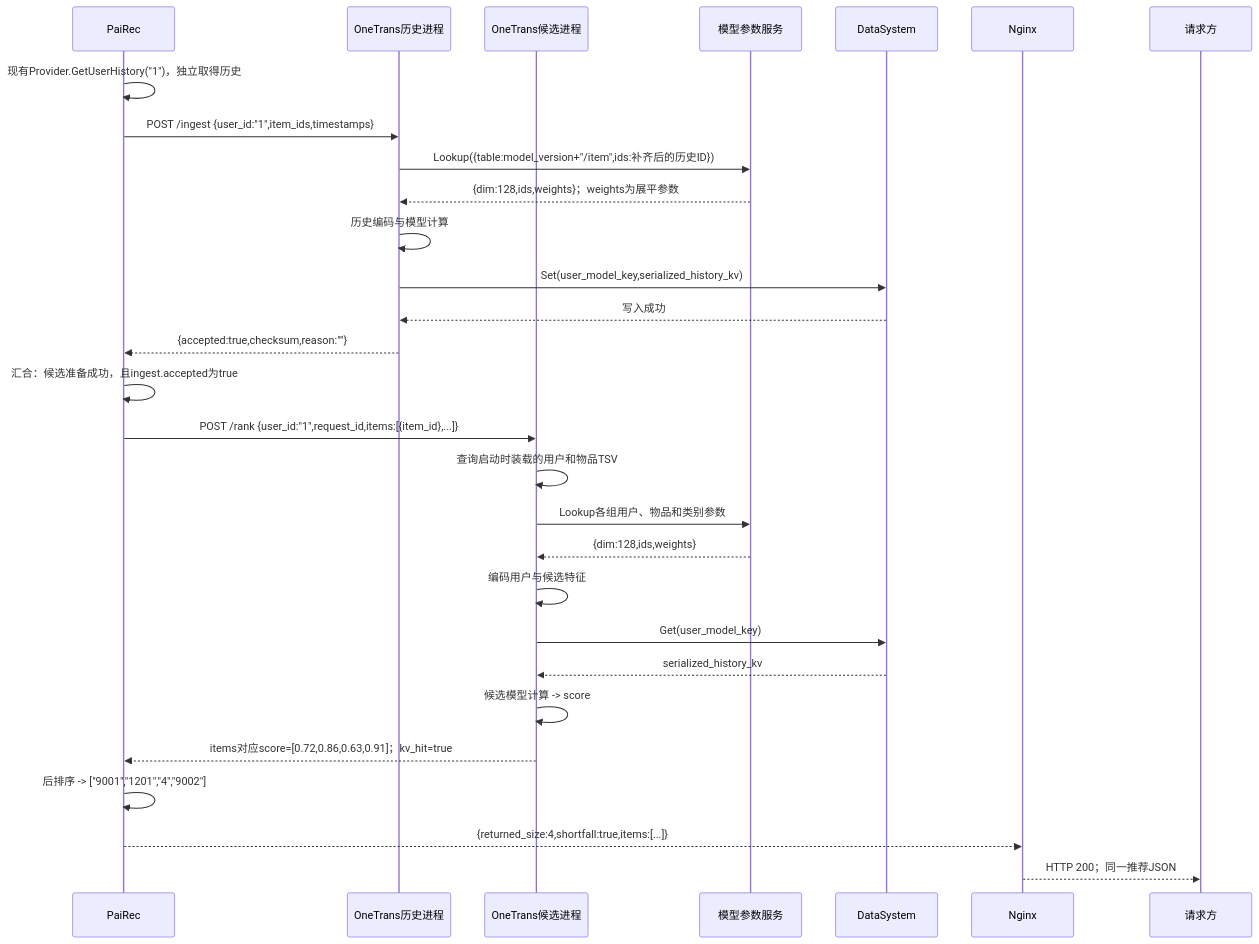
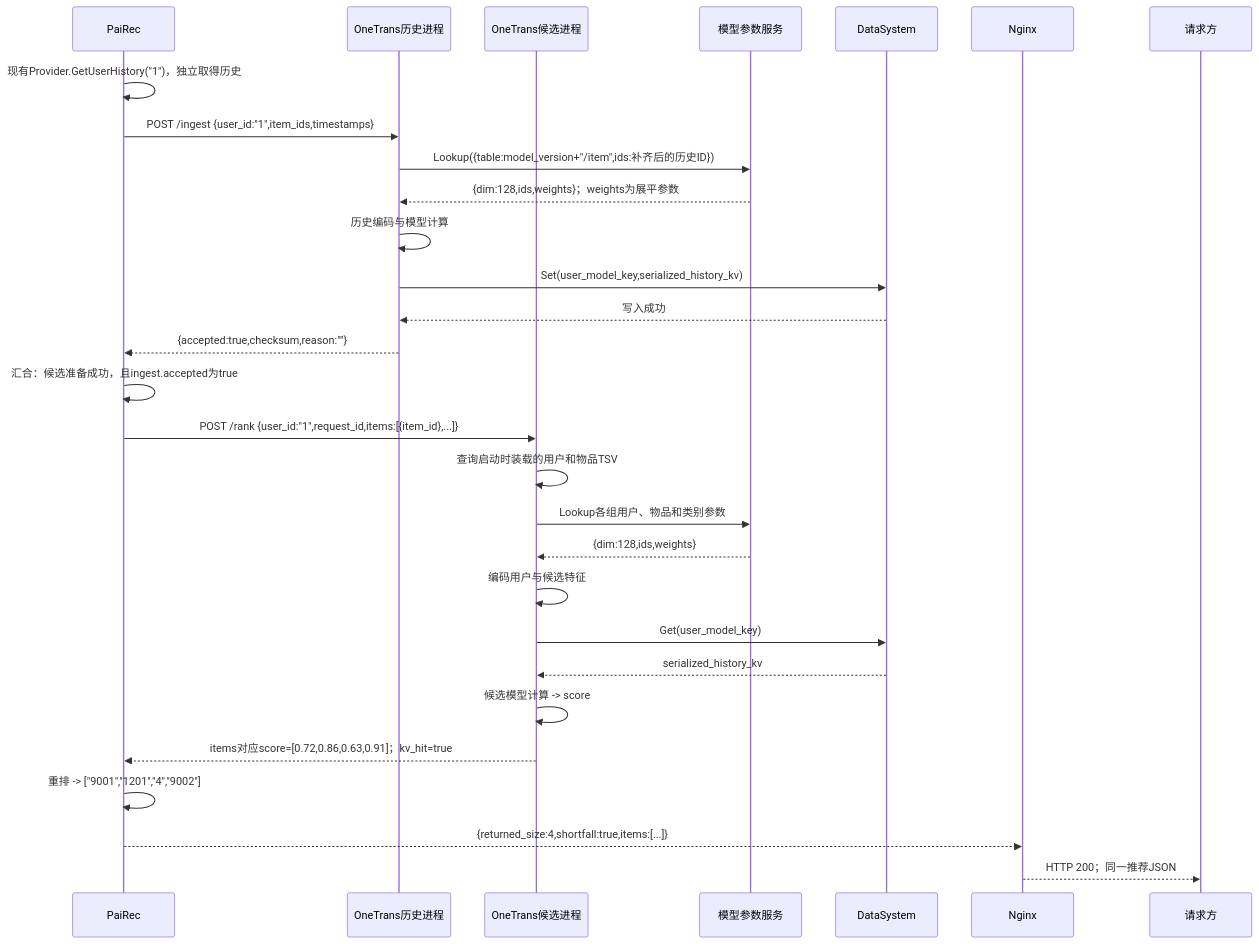
One commit to bitianyuan123/docs changed the diagram in diagrams/01_system_09.mmd. Above: the diagram before and after it, drawn with Mermaid. The commit also changed 84 other files, not shown here.

```diff
--- a/diagrams/01_system_09.mmd
+++ b/diagrams/01_system_09.mmd
@@ -1,29 +1,29 @@
 sequenceDiagram
     participant P as PaiRec
     participant H as OneTrans历史进程
     participant D as OneTrans候选进程
     participant PS as 模型参数服务
     participant K as DataSystem
     participant N as Nginx
     participant U as 请求方
     P->>P: 现有Provider.GetUserHistory("1")，独立取得历史
     P->>H: POST /ingest {user_id:"1",item_ids,timestamps}
     H->>PS: Lookup({table:model_version+"/item",ids:补齐后的历史ID})
     PS-->>H: {dim:128,ids,weights}；weights为展平参数
     H->>H: 历史编码与模型计算
     H->>K: Set(user_model_key,serialized_history_kv)
     K-->>H: 写入成功
     H-->>P: {accepted:true,checksum,reason:""}
     P->>P: 汇合：候选准备成功，且ingest.accepted为true
     P->>D: POST /rank {user_id:"1",request_id,items:[{item_id},...]}
     D->>D: 查询启动时装载的用户和物品TSV
     D->>PS: Lookup各组用户、物品和类别参数
     PS-->>D: {dim:128,ids,weights}
     D->>D: 编码用户与候选特征
     D->>K: Get(user_model_key)
     K-->>D: serialized_history_kv
     D->>D: 候选模型计算 -> score
     D-->>P: items对应score=[0.72,0.86,0.63,0.91]；kv_hit=true
-    P->>P: 后排序 -> ["9001","1201","4","9002"]
+    P->>P: 重排 -> ["9001","1201","4","9002"]
     P-->>N: {returned_size:4,shortfall:true,items:[...]}
     N-->>U: HTTP 200；同一推荐JSON
```
